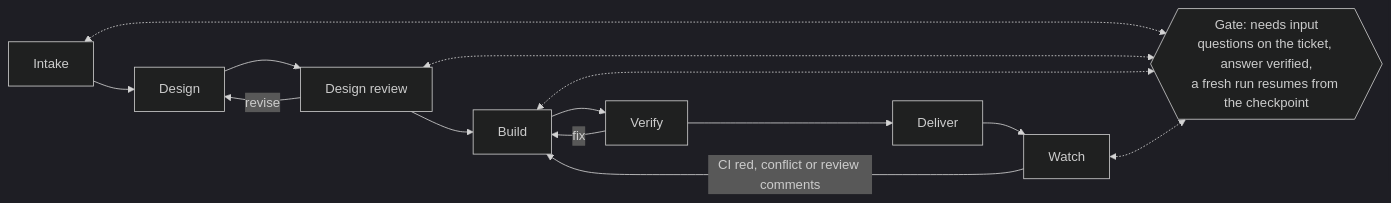
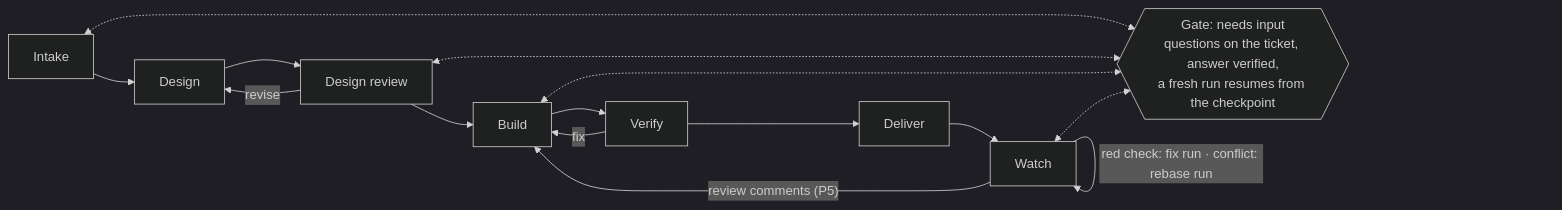
Before and after one commit to pitchopp/owlshift: the first of 2 diagrams in docs/design/architecture.md, drawn with Mermaid (dark theme). The commit also changed other lines of this file and 2 other files, not shown here.

First line of the commit message:
Design how watch follows a delivered pull request (OWL-208) (#178)

````diff
--- a/docs/design/architecture.md
+++ b/docs/design/architecture.md
@@ -74,12 +74,13 @@
 ```mermaid
 flowchart LR
     intake[Intake] --> design[Design] --> review[Design review] --> build[Build] --> verify[Verify] --> deliver[Deliver] --> watch[Watch]
     review -- revise --> design
     verify -- fix --> build
-    watch -- "CI red, conflict or review comments" --> build
+    watch -- "review comments (P5)" --> build
+    watch -- "red check: fix run · conflict: rebase run" --> watch
     gate{{"Gate: needs input<br/>questions on the ticket, answer verified,<br/>a fresh run resumes from the checkpoint"}}
     intake <-.-> gate
     review <-.-> gate
     build <-.-> gate
     watch <-.-> gate
 ```
````
